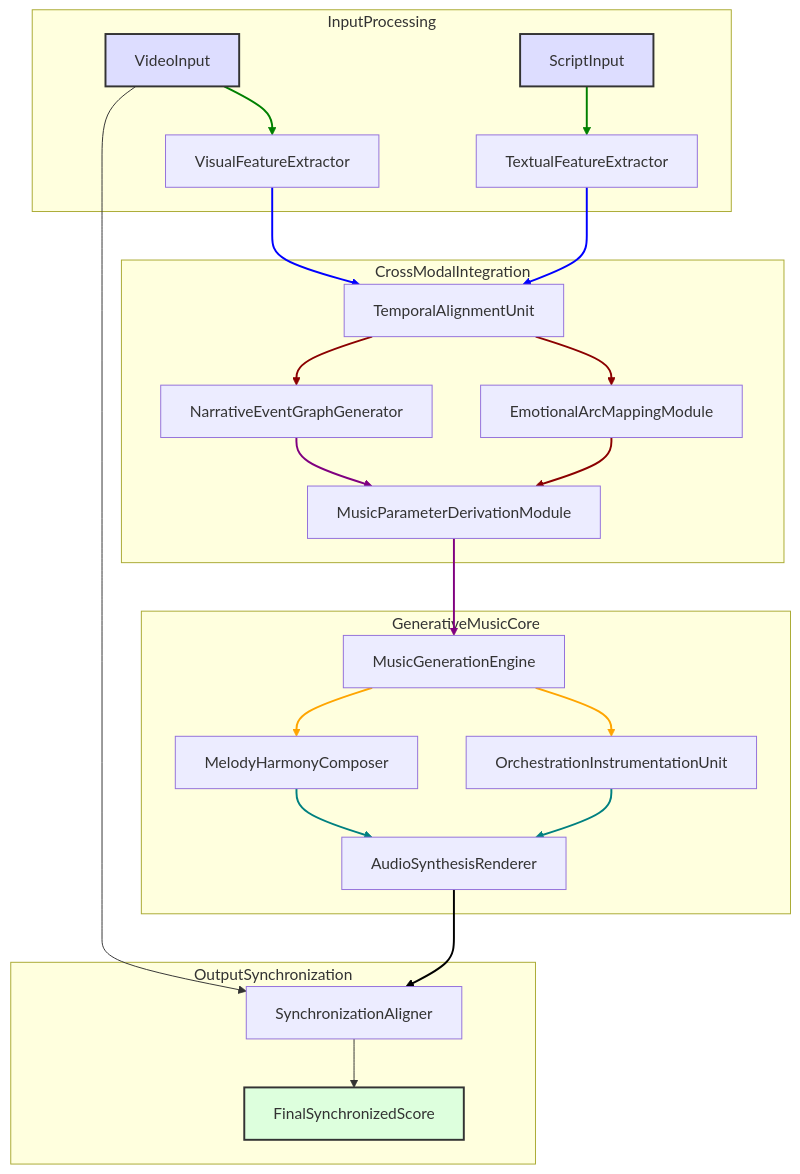
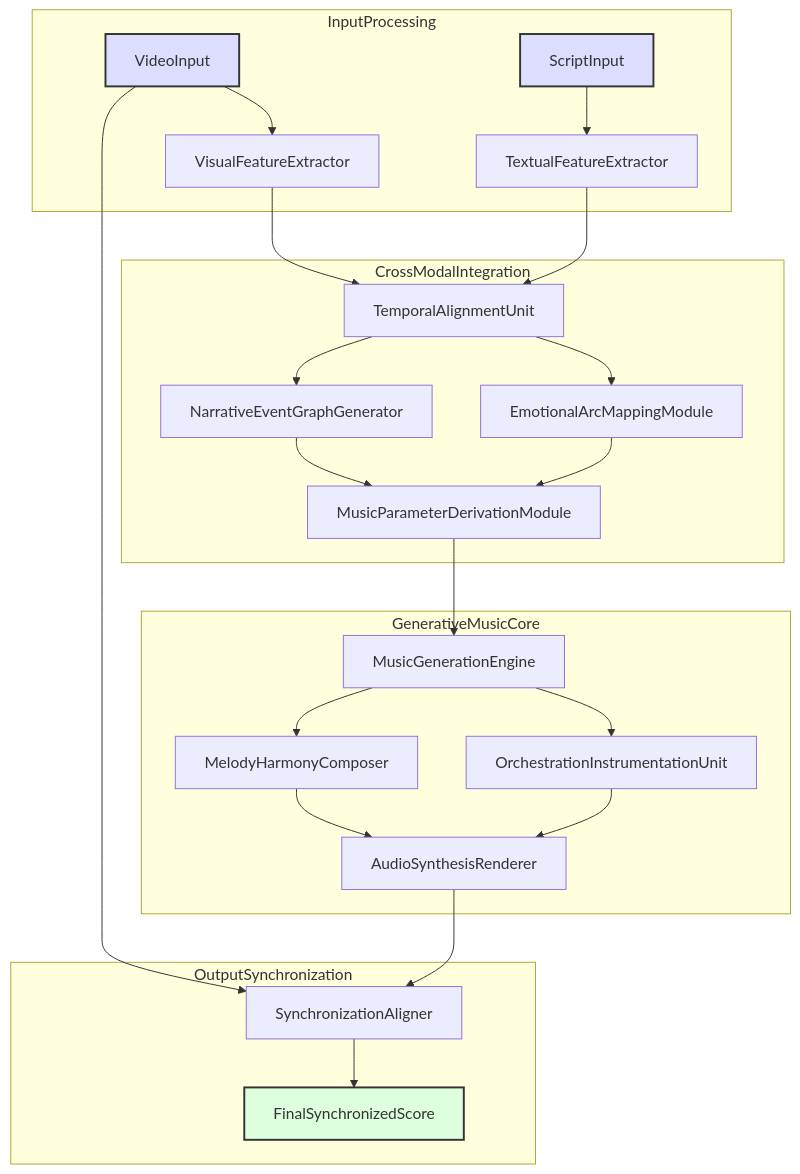
The first of 10 diagrams in inventions/113_ai_generative_music_for_film_scoring.md (diplomat-bit/Citibank_Demo_Business_Inc_Demonstration-), drawn with Mermaid before and after one commit. The commit also changed other lines of this file, not shown here.

````diff
--- a/inventions/113_ai_generative_music_for_film_scoring.md
+++ b/inventions/113_ai_generative_music_for_film_scoring.md
@@ -71,49 +171,30 @@
 ```mermaid
 graph TD
     subgraph InputProcessing
         A[VideoInput] --> B[VisualFeatureExtractor]
         C[ScriptInput] --> D[TextualFeatureExtractor]
     end
-
     subgraph CrossModalIntegration
         B --> E[TemporalAlignmentUnit]
         D --> E
         E --> F[EmotionalArcMappingModule]
         E --> G[NarrativeEventGraphGenerator]
         F --> H[MusicParameterDerivationModule]
         G --> H
     end
-
     subgraph GenerativeMusicCore
         H --> I[MusicGenerationEngine]
         I --> J[OrchestrationInstrumentationUnit]
         I --> K[MelodyHarmonyComposer]
         J --> L[AudioSynthesisRenderer]
         K --> L
     end
-
     subgraph OutputSynchronization
         L --> M[SynchronizationAligner]
         A --> M
         M --> N[FinalSynchronizedScore]
     end
-
     style A fill:#DDF,stroke:#333,stroke-width:2px
     style C fill:#DDF,stroke:#333,stroke-width:2px
     style N fill:#DFD,stroke:#333,stroke-width:2px
-
-    linkStyle 0 stroke-width:2px,fill:none,stroke:green;
-    linkStyle 1 stroke-width:2px,fill:none,stroke:green;
-    linkStyle 2 stroke-width:2px,fill:none,stroke:blue;
-    linkStyle 3 stroke-width:2px,fill:none,stroke:blue;
-    linkStyle 4 stroke-width:2px,fill:none,stroke:darkred;
-    linkStyle 5 stroke-width:2px,fill:none,stroke:darkred;
-    linkStyle 6 stroke-width:2px,fill:none,stroke:darkred;
-    linkStyle 7 stroke-width:2px,fill:none,stroke:purple;
-    linkStyle 8 stroke-width:2px,fill:none,stroke:purple;
-    linkStyle 9 stroke-width:2px,fill:none,stroke:orange;
-    linkStyle 10 stroke-width:2px,fill:none,stroke:orange;
-    linkStyle 11 stroke-width:2px,fill:none,stroke:teal;
-    linkStyle 12 stroke-width:2px,fill:none,stroke:teal;
-    linkStyle 13 stroke-width:2px,fill:none,stroke:black;
 ```
````
